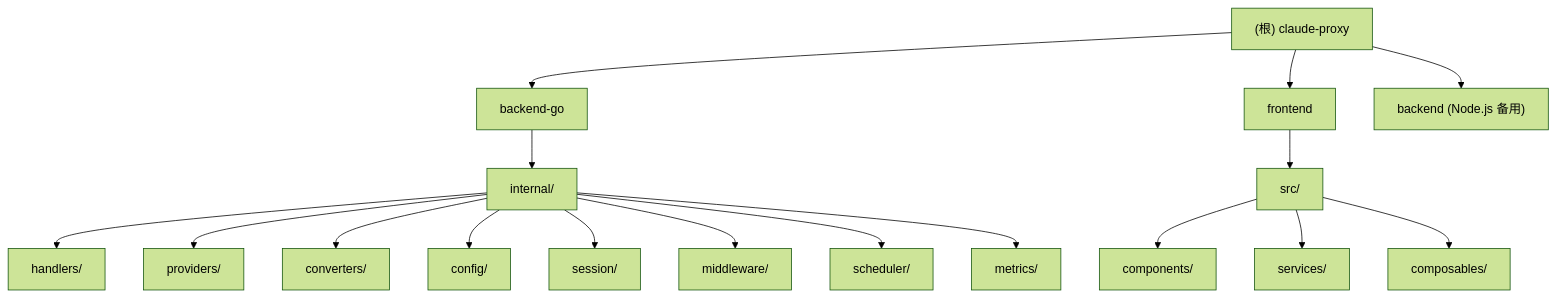
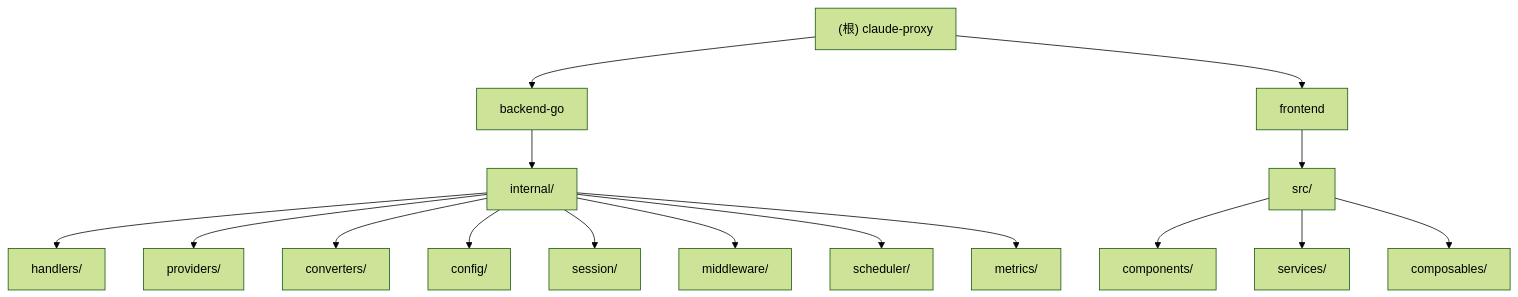
The diagram in CLAUDE.md (BenedictKing/claude-proxy), drawn with Mermaid (forest theme) before and after one commit. The commit also changed other lines of this file, not shown here.

Commit message:
docs: 移除已废弃的 backend Node.js 模块引用

````diff
--- a/CLAUDE.md
+++ b/CLAUDE.md
@@ -23,24 +23,23 @@
 ```mermaid
 graph TD
     A["(根) claude-proxy"] --> B["backend-go"];
     A --> C["frontend"];
-    A --> D["backend (Node.js 备用)"];
 
     B --> B1["internal/"];
     B1 --> B11["handlers/"];
     B1 --> B12["providers/"];
     B1 --> B13["converters/"];
     B1 --> B14["config/"];
     B1 --> B15["session/"];
     B1 --> B16["middleware/"];
     B1 --> B17["scheduler/"];
     B1 --> B18["metrics/"];
 
     C --> C1["src/"];
     C1 --> C11["components/"];
     C1 --> C12["services/"];
     C1 --> C13["composables/"];
 
     click B "/Users/petaflops/projects/2api-collect/claude-proxy/backend-go/CLAUDE.md" "查看 backend-go 模块文档"
     click C "/Users/petaflops/projects/2api-collect/claude-proxy/frontend/CLAUDE.md" "查看 frontend 模块文档"
 ```
````
